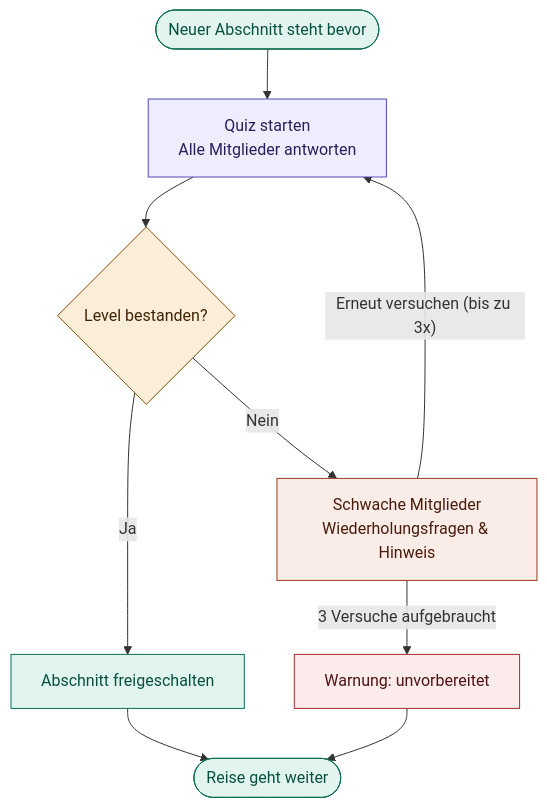
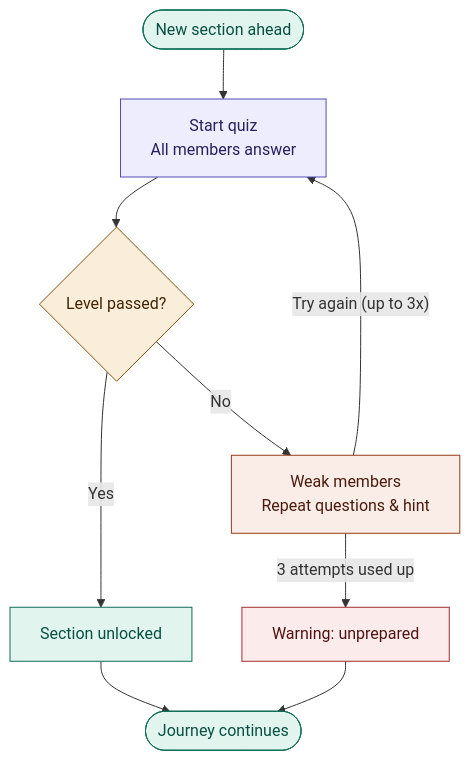
The diagram in artifacts/artifact-5/src/flowchart-system.mermaid.md (FiresOfMordor/The-Fellowship-of-the-Code-2026), drawn with Mermaid before and after one commit. The commit also changed other lines of this file, not shown here.

````diff
--- a/artifacts/artifact-5/src/flowchart-system.mermaid.md
+++ b/artifacts/artifact-5/src/flowchart-system.mermaid.md
@@ -1,18 +1,18 @@
 ```mermaid
 flowchart TD
-    A([Neuer Abschnitt steht bevor]) --> B["Quiz starten<br>Alle Mitglieder antworten"]
-    B --> C{Level bestanden?}
-    C -- Ja --> D[Abschnitt freigeschalten]
-    D --> E([Reise geht weiter])
-    C -- Nein --> H["Schwache Mitglieder<br>Wiederholungsfragen & Hinweis"]
-    H -- Erneut versuchen (bis zu 3x) --> B
-    H -- 3 Versuche aufgebraucht --> J[Warnung: unvorbereitet]
+    A([New section ahead]) --> B["Start quiz<br>All members answer"]
+    B --> C{Level passed?}
+    C -- Yes --> D[Section unlocked]
+    D --> E([Journey continues])
+    C -- No --> H["Weak members<br>Repeat questions & hint"]
+    H -- Try again (up to 3x) --> B
+    H -- 3 attempts used up --> J[Warning: unprepared]
     J --> E
     style A fill:#E1F5EE,stroke:#0F6E56,color:#085041
     style E fill:#E1F5EE,stroke:#0F6E56,color:#085041
     style D fill:#E1F5EE,stroke:#0F6E56,color:#085041
     style B fill:#EEEDFE,stroke:#534AB7,color:#26215C
     style H fill:#FAECE7,stroke:#993C1D,color:#4A1B0C
     style J fill:#FCEBEB,stroke:#A32D2D,color:#501313
     style C fill:#FAEEDA,stroke:#854F0B,color:#412402
 ```
````
